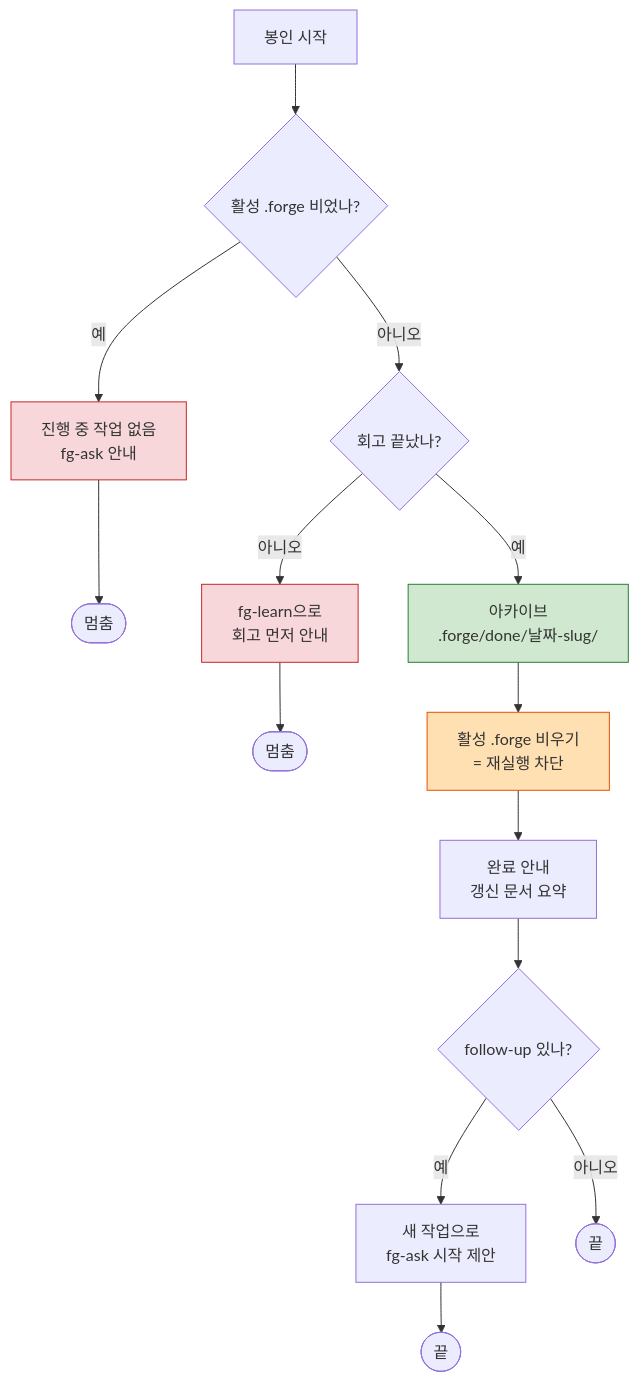
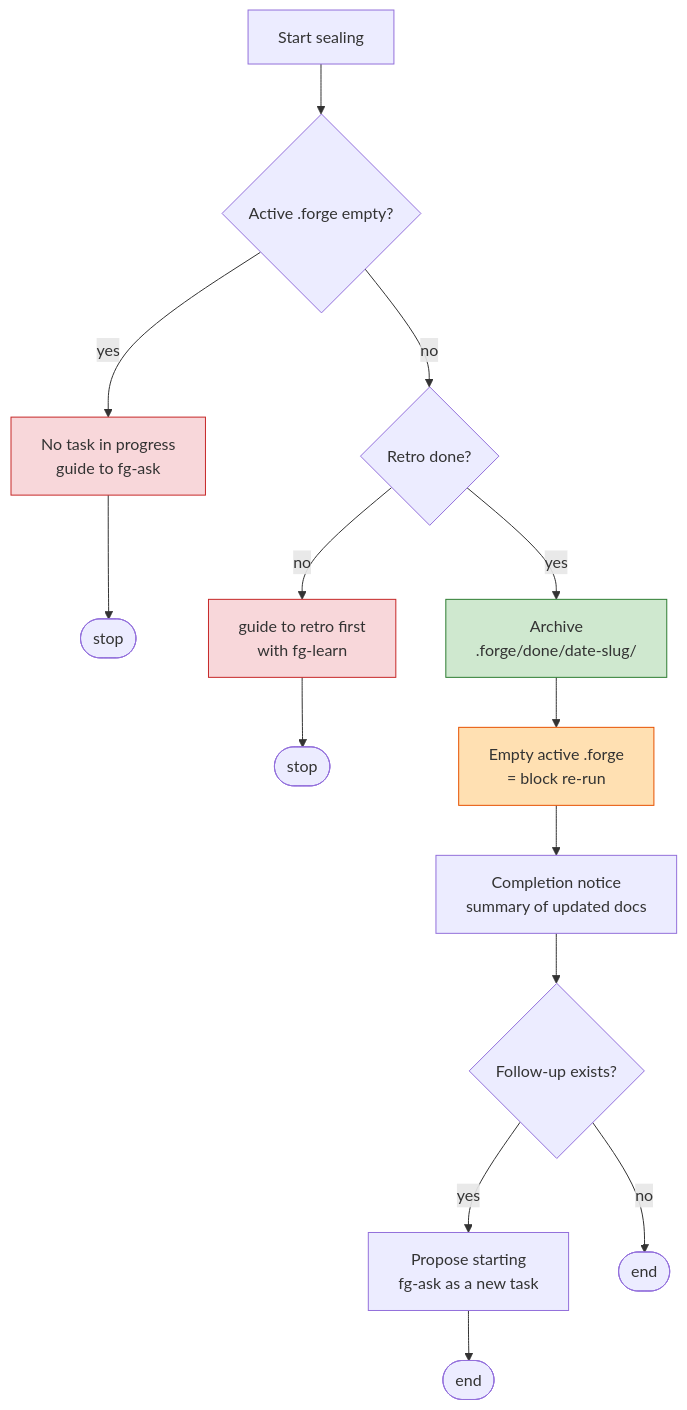
One commit to gyuha/forge changed the diagram in skills/fg-complete/SKILL.md. Above: the diagram before and after it, drawn with Mermaid. The commit also changed other lines of this file and 9 other files, not shown here.

````diff
--- a/skills/fg-complete/SKILL.md
+++ b/skills/fg-complete/SKILL.md
@@ -44,18 +46,18 @@
 ```mermaid
 flowchart TD
-    A[봉인 시작] --> P{활성 .forge 비었나?}
-    P -- 예 --> PN[진행 중 작업 없음<br/>fg-ask 안내] --> STOP1([멈춤])
-    P -- 아니오 --> R{회고 끝났나?}
-    R -- 아니오 --> RN[fg-learn으로<br/>회고 먼저 안내] --> STOP2([멈춤])
-    R -- 예 --> ARCH[아카이브<br/>.forge/done/날짜-slug/]
-    ARCH --> CLEAR[활성 .forge 비우기<br/>= 재실행 차단]
-    CLEAR --> NOTI[완료 안내<br/>갱신 문서 요약]
-    NOTI --> LOOP{follow-up 있나?}
-    LOOP -- 예 --> ASK[새 작업으로<br/>fg-ask 시작 제안] --> STOP3([끝])
-    LOOP -- 아니오 --> STOP4([끝])
+    A[Start sealing] --> P{Active .forge empty?}
+    P -- yes --> PN[No task in progress<br/>guide to fg-ask] --> STOP1([stop])
+    P -- no --> R{Retro done?}
+    R -- no --> RN[guide to retro first<br/>with fg-learn] --> STOP2([stop])
+    R -- yes --> ARCH[Archive<br/>.forge/done/date-slug/]
+    ARCH --> CLEAR[Empty active .forge<br/>= block re-run]
+    CLEAR --> NOTI[Completion notice<br/>summary of updated docs]
+    NOTI --> LOOP{Follow-up exists?}
+    LOOP -- yes --> ASK[Propose starting<br/>fg-ask as a new task] --> STOP3([end])
+    LOOP -- no --> STOP4([end])
 
     style ARCH fill:#cfe8cf,stroke:#2e7d32
     style CLEAR fill:#ffe0b2,stroke:#e65100
     style PN fill:#f8d7da,stroke:#c62828
     style RN fill:#f8d7da,stroke:#c62828
 ```
````
